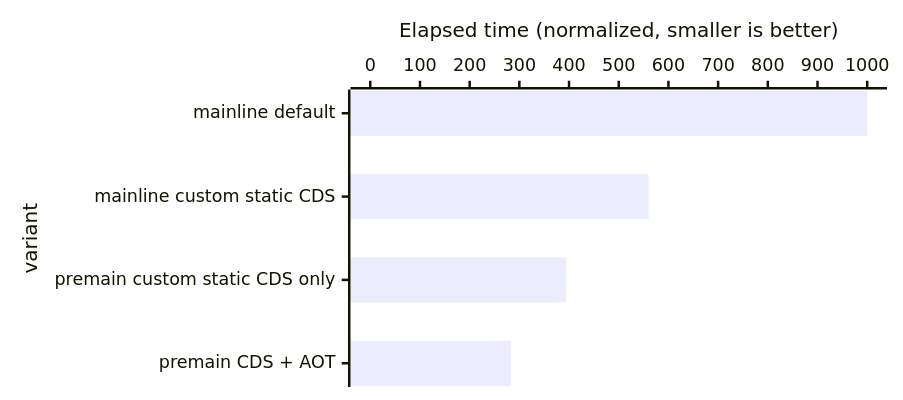
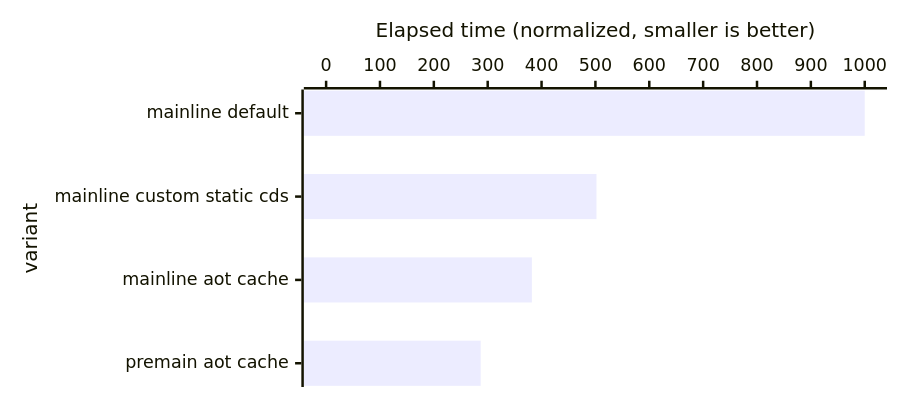
Before and after one commit to openjdk/leyden: the fourth of 5 diagrams in README.md, drawn with Mermaid. The commit also changed other lines of this file and 8 other files, not shown here.

````diff
--- a/README.md
+++ b/README.md
@@ -455,12 +465,12 @@
 ```mermaid
 ---
 config:
     xyChart:
         chartOrientation: horizontal
         height: 300
 ---
 xychart-beta
-    x-axis "variant" ["mainline default", "mainline custom static CDS", "premain custom static CDS only", "premain CDS + AOT"]
+    x-axis "variant" ["mainline default", "mainline custom static cds", "mainline aot cache", "premain aot cache"]
     y-axis "Elapsed time (normalized, smaller is better)" 0 --> 1000
-    bar [1000, 560, 394, 283]
+    bar [1000, 502, 382, 287]
 ```
````
